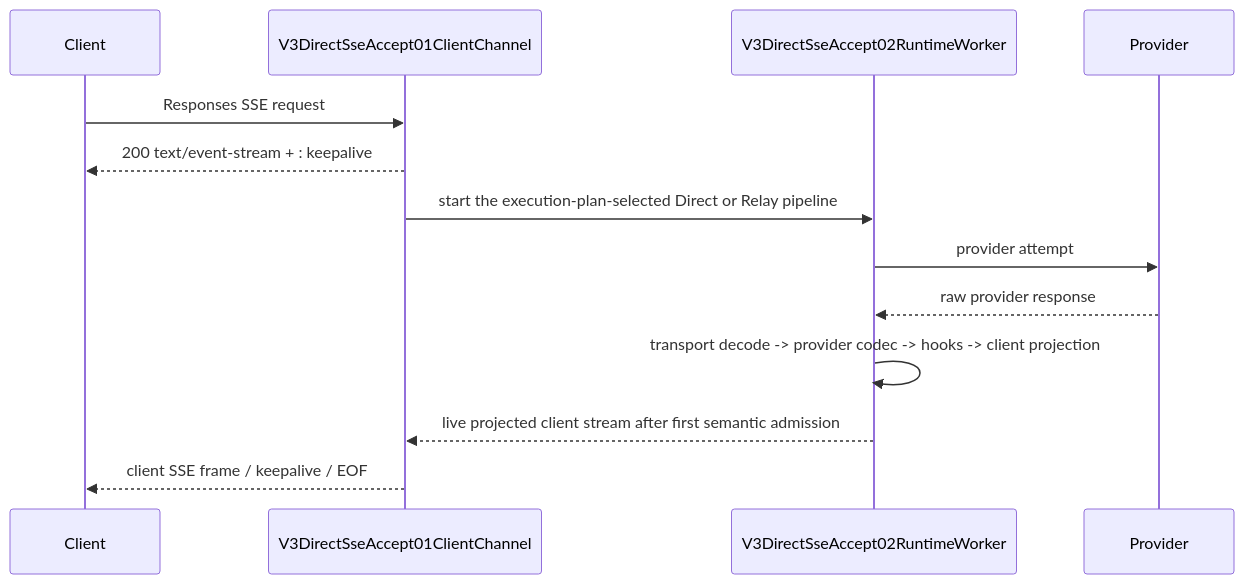
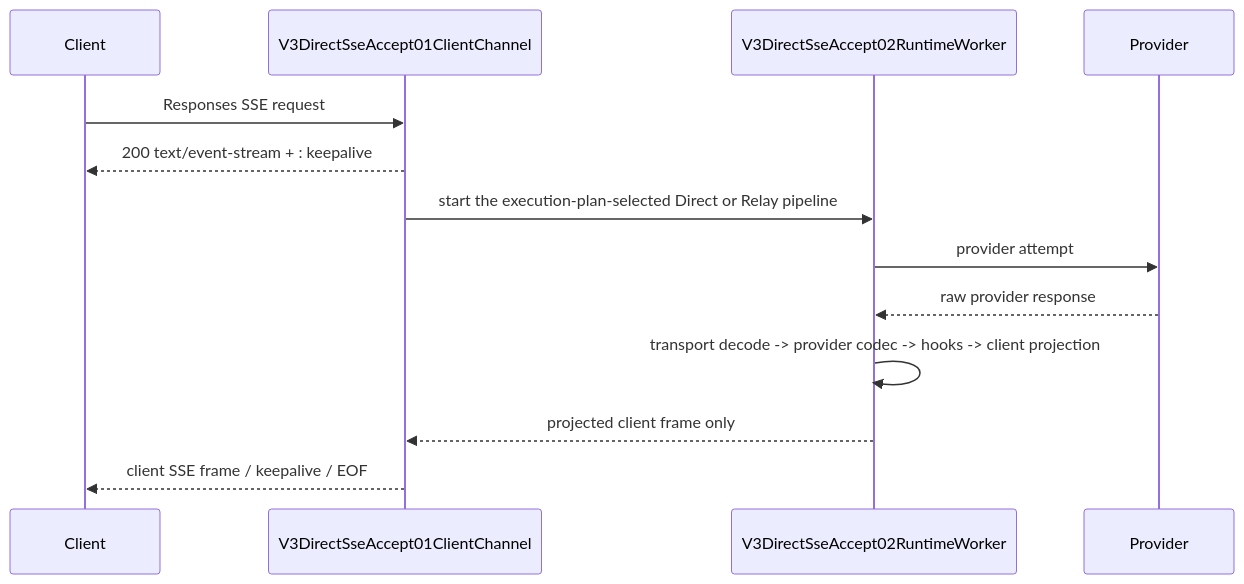
Before and after one commit to Jasonzhangf/routecodex: the diagram in docs/architecture/wiki/v3-direct-sse-accept-skeleton.md, drawn with Mermaid. The commit also changed other lines of this file and 53 other files, not shown here.

````diff
--- a/docs/architecture/wiki/v3-direct-sse-accept-skeleton.md
+++ b/docs/architecture/wiki/v3-direct-sse-accept-skeleton.md
@@ -8,16 +8,16 @@
 ```mermaid
 sequenceDiagram
   participant C as Client
   participant A as V3DirectSseAccept01ClientChannel
   participant W as V3DirectSseAccept02RuntimeWorker
   participant P as Provider
 
   C->>A: Responses SSE request
   A-->>C: 200 text/event-stream + : keepalive
   A->>W: start the execution-plan-selected Direct or Relay pipeline
   W->>P: provider attempt
   P-->>W: raw provider response
   W->>W: transport decode -> provider codec -> hooks -> client projection
-  W-->>A: live projected client stream after first semantic admission
+  W-->>A: projected client frame only
   A-->>C: client SSE frame / keepalive / EOF
 ```
````
